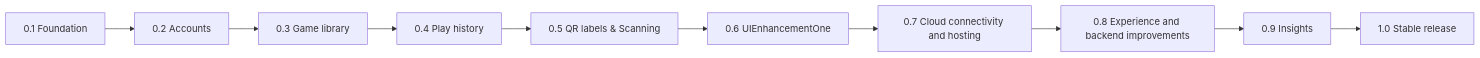
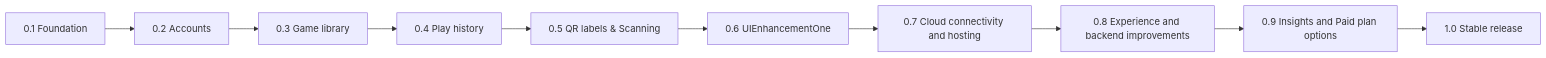
One commit to eddieSkywalker/TrackMyBoardGames changed the diagram in BUILD_PLAN.md. Above: the diagram before and after it, drawn with Mermaid. The commit also changed other lines of this file and 4 other files, not shown here.

````diff
--- a/BUILD_PLAN.md
+++ b/BUILD_PLAN.md
@@ -57,12 +57,12 @@
 ```mermaid
 flowchart LR
     V01["0.1 Foundation"] --> V02["0.2 Accounts"]
     V02 --> V03["0.3 Game library"]
     V03 --> V04["0.4 Play history"]
     V04 --> V05["0.5 QR labels & Scanning"]
     V05 --> V06["0.6 UIEnhancementOne"]
     V06 --> V07["0.7 Cloud connectivity and hosting"]
     V07 --> V08["0.8 Experience and backend improvements"]
-    V08 --> V09["0.9 Insights"]
+    V08 --> V09["0.9 Insights and Paid plan options"]
     V09 --> V10["1.0 Stable release"]
 ```
````
